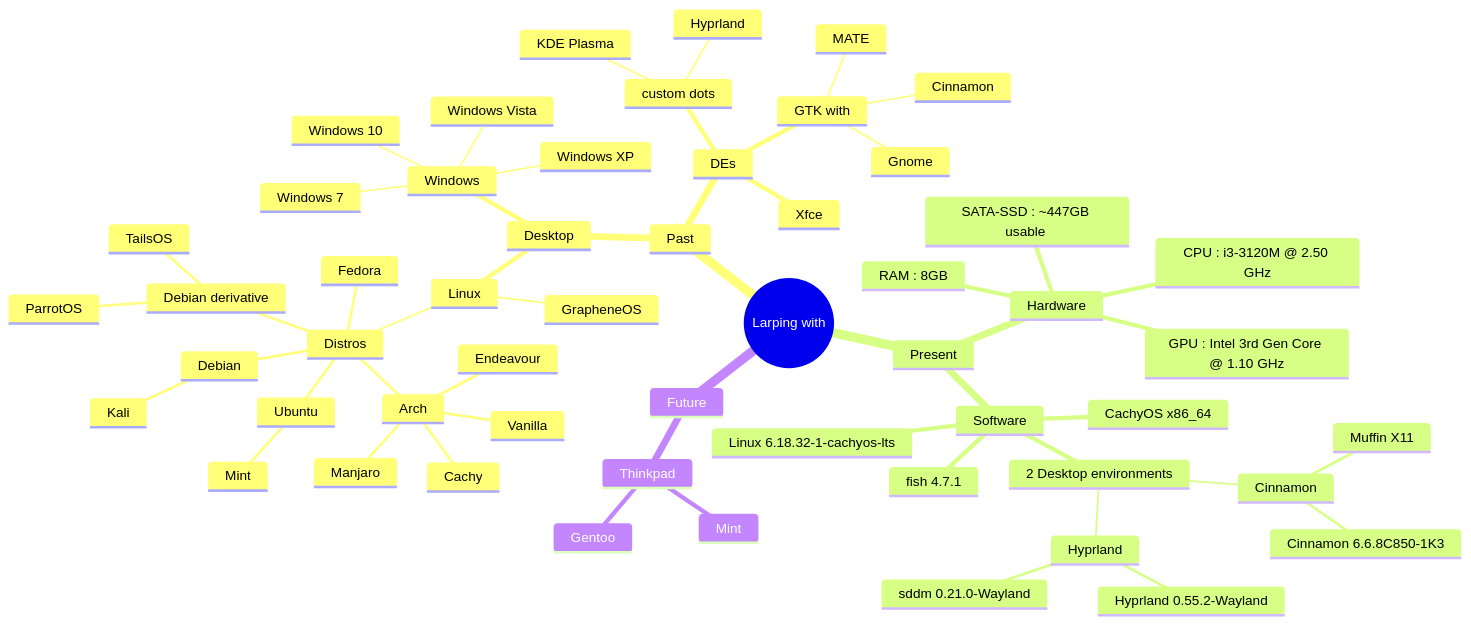
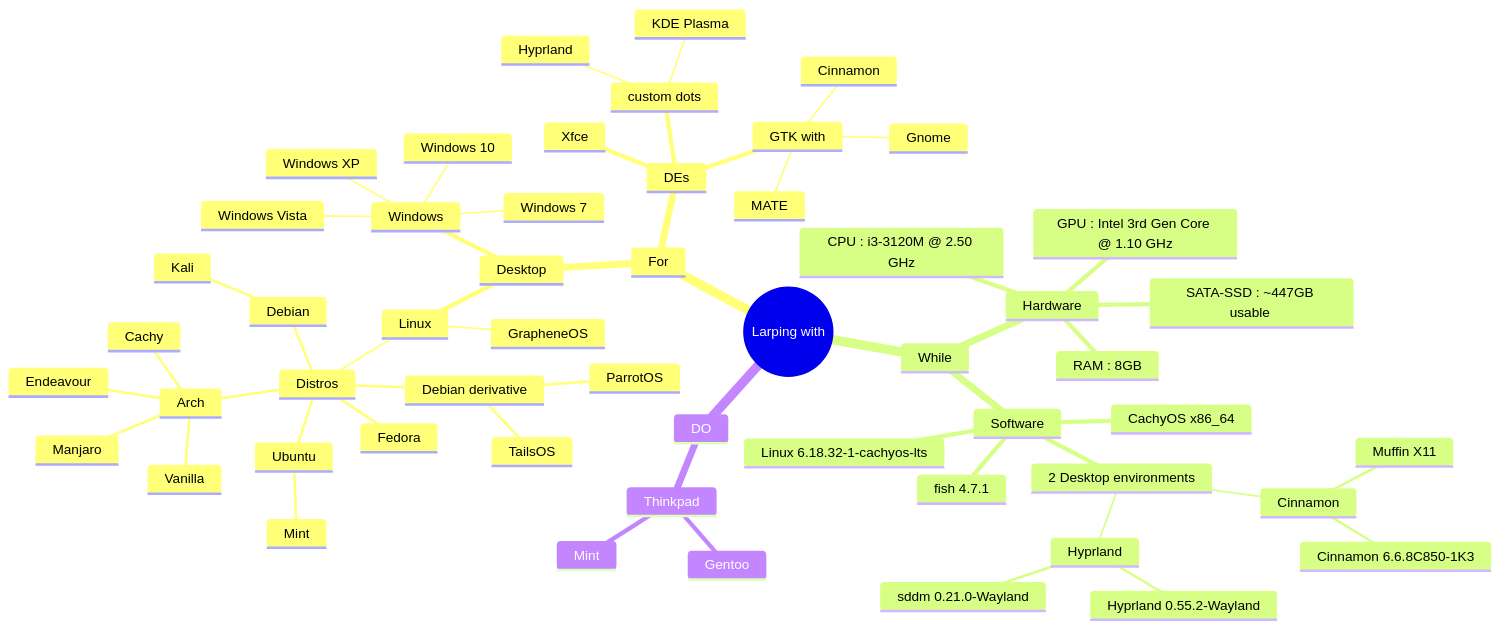
The diagram in README.md (Chintanpatel24/Chintanpatel24), drawn with Mermaid before and after one commit.

````diff
--- a/README.md
+++ b/README.md
@@ -4,58 +4,58 @@
 ```mermaid
 mindmap
 root((Larping with))
- Past
+ For
   Desktop
    Windows
     Windows 7
     Windows XP
     Windows Vista
     Windows 10
    Linux
     GrapheneOS
     Distros
      Arch
       Endeavour
       Vanilla
       Cachy
       Manjaro
      Debian
       Kali
      Ubuntu
       Mint
      Fedora
      Debian derivative
       ParrotOS
       TailsOS
   DEs
    Xfce
    custom dots
     Hyprland
     KDE Plasma
    GTK with
     Cinnamon
     Gnome
     MATE
- Present
+ While
   Hardware     
    GPU : Intel 3rd Gen Core @ 1.10 GHz
    CPU : i3-3120M @ 2.50 GHz
    RAM : 8GB
    SATA-SSD : ~447GB usable 
   Software
    2 Desktop environments
     Cinnamon 
      Muffin X11
      Cinnamon 6.6.8C850-1K3
     Hyprland
      Hyprland 0.55.2-Wayland
      sddm 0.21.0-Wayland
    CachyOS x86_64
    fish 4.7.1
    Linux 6.18.32-1-cachyos-lts
- Future
+ DO
   Thinkpad
    Gentoo
    Mint
 
 ```
````
